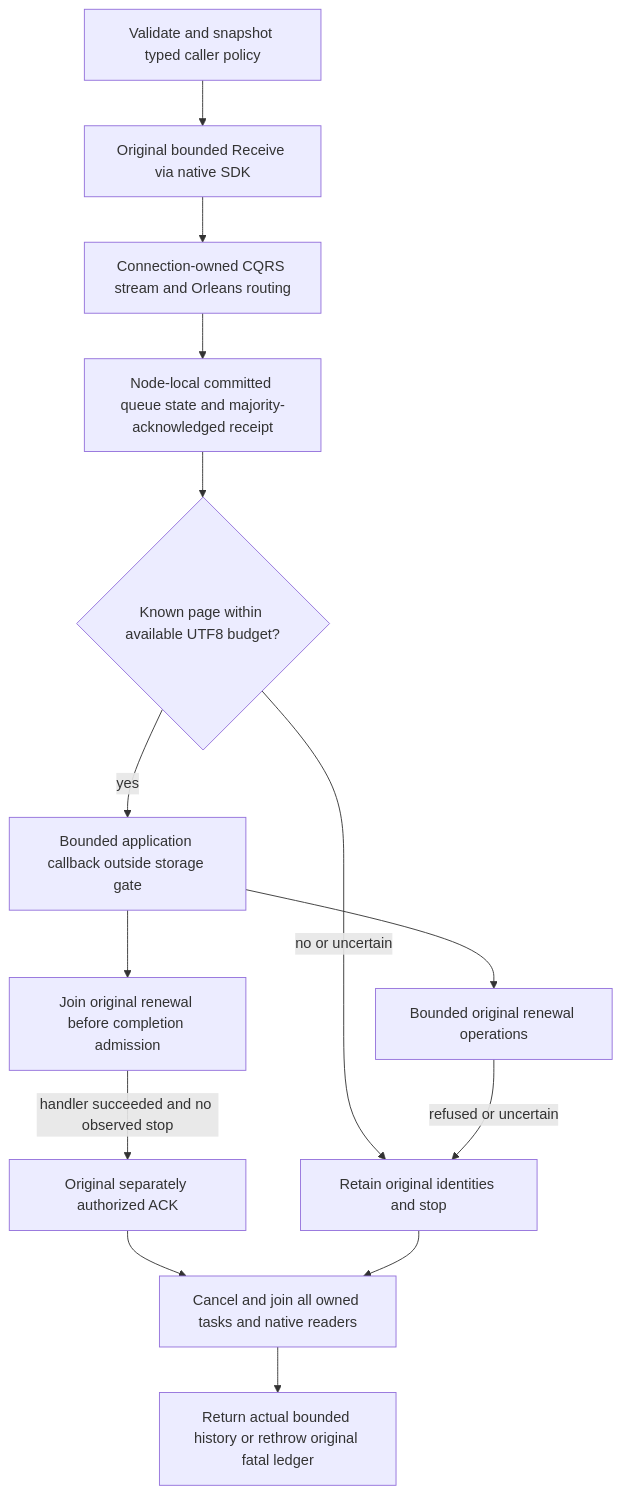
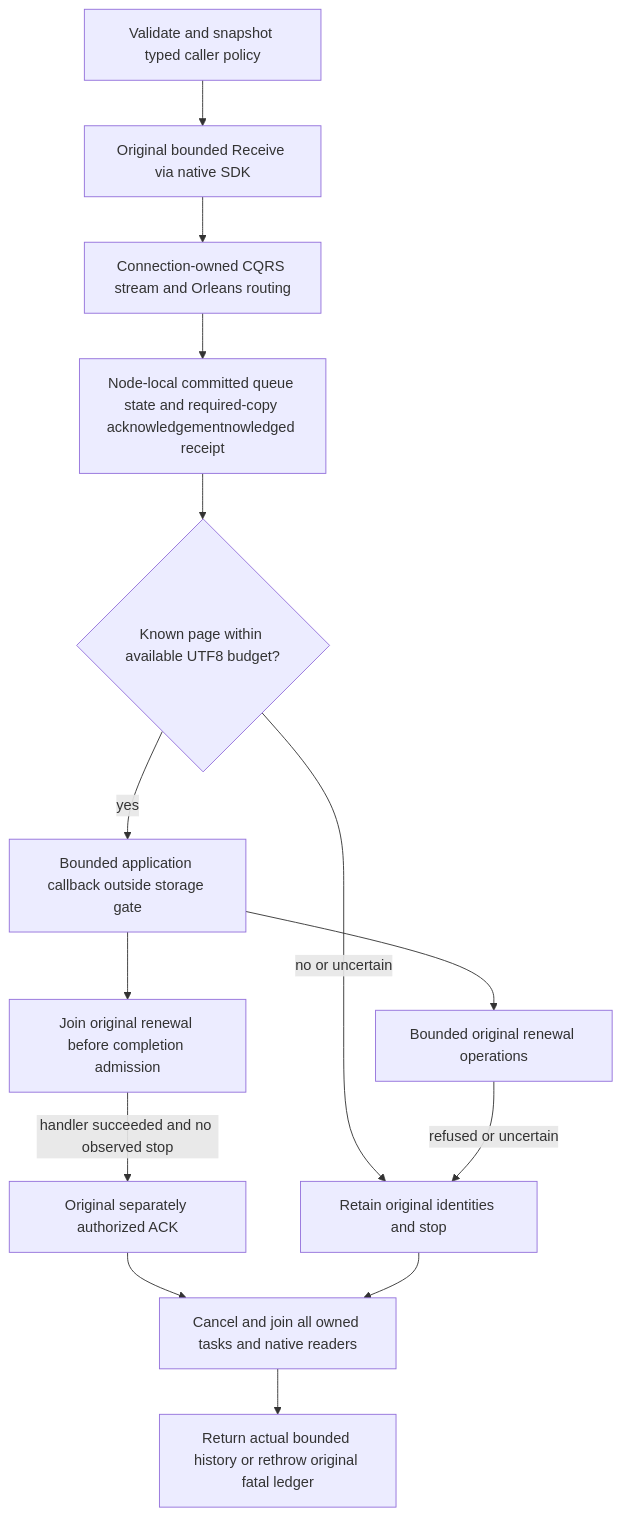
One commit to managedcode/KeyLoad changed the diagram in docs/Features/Messaging/ExternalQueueWorkers.md. Above: the diagram before and after it, drawn with Mermaid. The commit also changed 2010 other files, not shown here.

````diff
--- a/docs/Features/Messaging/ExternalQueueWorkers.md
+++ b/docs/Features/Messaging/ExternalQueueWorkers.md
@@ -9,16 +9,16 @@
 ```mermaid
 flowchart TD
     Policy[Validate and snapshot typed caller policy] --> Receive[Original bounded Receive via native SDK]
     Receive --> Native[Connection-owned CQRS stream and Orleans routing]
-    Native --> Store[Node-local committed queue state and majority-acknowledged receipt]
+    Native --> Store[Node-local committed queue state and required-copy acknowledgementnowledged receipt]
     Store --> Check{Known page within available UTF8 budget?}
     Check -->|yes| Handler[Bounded application callback outside storage gate]
     Check -->|no or uncertain| Stop[Retain original identities and stop]
     Handler --> Renewal[Bounded original renewal operations]
     Handler --> End[Join original renewal before completion admission]
     Renewal -->|refused or uncertain| Stop
     End -->|handler succeeded and no observed stop| Ack[Original separately authorized ACK]
     Ack --> Join[Cancel and join all owned tasks and native readers]
     Stop --> Join
     Join --> Result[Return actual bounded history or rethrow original fatal ledger]
 ```
````
